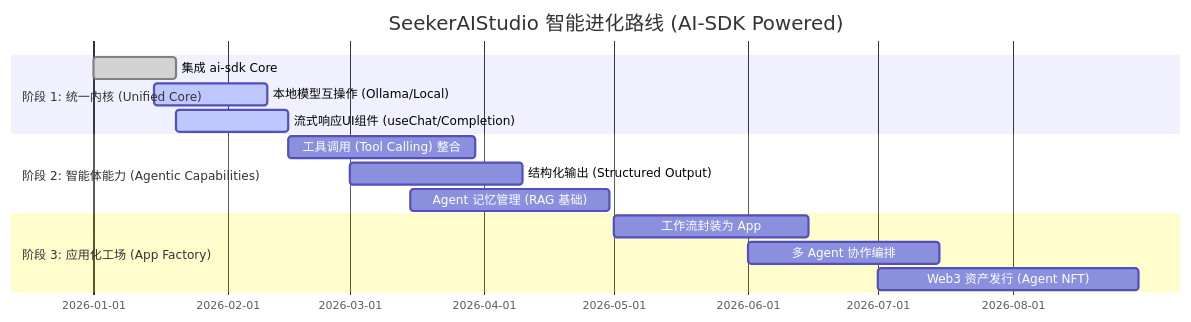
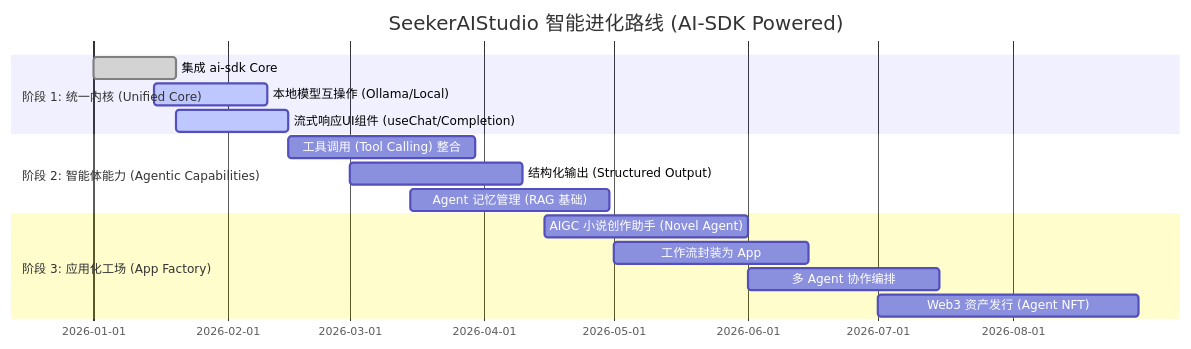
One commit to haike0513/SeekerAIStudio changed the diagram in docs/roadmap/Roadmap.md. Above: the diagram before and after it, drawn with Mermaid. The commit also changed other lines of this file and 17 other files, not shown here.

````diff
--- a/docs/roadmap/Roadmap.md
+++ b/docs/roadmap/Roadmap.md
@@ -7,20 +7,21 @@
 ```mermaid
 gantt
     title SeekerAIStudio 智能进化路线 (AI-SDK Powered)
     dateFormat  YYYY-MM-DD
     
     section 阶段 1: 统一内核 (Unified Core)
     集成 ai-sdk Core                  :done,   task1, 2026-01-01, 2026-01-20
     本地模型互操作 (Ollama/Local)      :active, task2, 2026-01-15, 2026-02-10
     流式响应UI组件 (useChat/Completion):active, task3, 2026-01-20, 2026-02-15
     
     section 阶段 2: 智能体能力 (Agentic Capabilities)
     工具调用 (Tool Calling) 整合       :        task4, 2026-02-15, 2026-03-30
     结构化输出 (Structured Output)    :        task5, 2026-03-01, 2026-04-10
     Agent 记忆管理 (RAG 基础)         :        task6, 2026-03-15, 2026-04-30
     
     section 阶段 3: 应用化工场 (App Factory)
+    AIGC 小说创作助手 (Novel Agent)   :        task_novel, 2026-04-15, 2026-06-01
     工作流封装为 App                  :        task7, 2026-05-01, 2026-06-15
     多 Agent 协作编排                 :        task8, 2026-06-01, 2026-07-15
     Web3 资产发行 (Agent NFT)         :        task9, 2026-07-01, 2026-08-30
 ```
````
